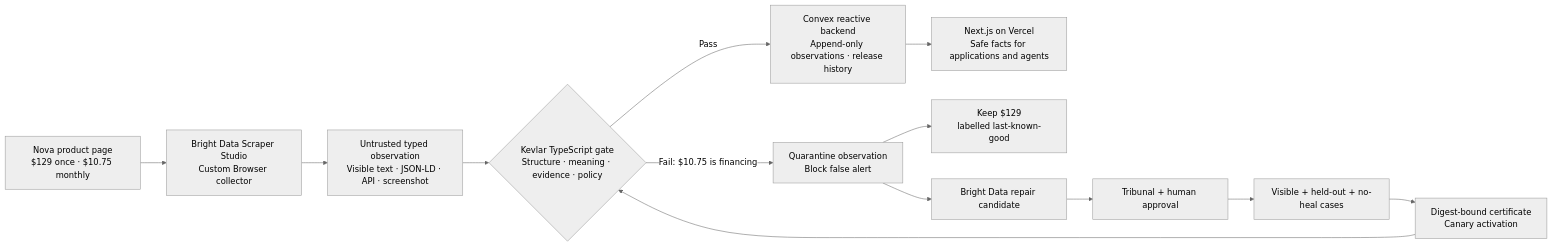
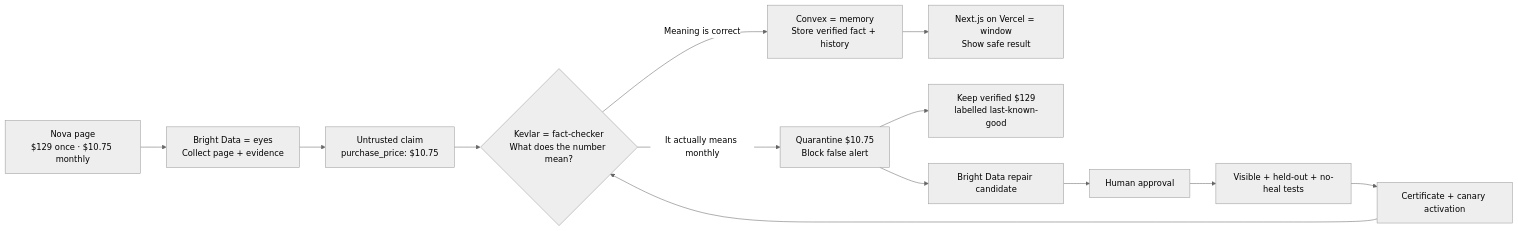
The diagram in demo.md (Avinash1286/kevlar), drawn with Mermaid (neutral theme) before and after one commit. The commit also changed other lines of this file, not shown here.

````diff
--- a/demo.md
+++ b/demo.md
@@ -19,17 +112,17 @@
 ```mermaid
 flowchart LR
-  PAGE["Nova product page<br/>$129 once · $10.75 monthly"] --> BD["Bright Data Scraper Studio<br/>Custom Browser collector"]
-  BD --> OBS["Untrusted typed observation<br/>Visible text · JSON-LD · API · screenshot"]
-  OBS --> GATE{"Kevlar TypeScript gate<br/>Structure · meaning · evidence · policy"}
+  PAGE["Nova page<br/>$129 once · $10.75 monthly"] --> EYES["Bright Data = eyes<br/>Collect page + evidence"]
+  EYES --> CLAIM["Untrusted claim<br/>purchase_price: $10.75"]
+  CLAIM --> CHECK{"Kevlar = fact-checker<br/>What does the number mean?"}
 
-  GATE -->|"Pass"| CONVEX["Convex reactive backend<br/>Append-only observations · release history"]
-  CONVEX --> PRODUCT["Next.js on Vercel<br/>Safe facts for applications and agents"]
+  CHECK -->|"Meaning is correct"| MEMORY["Convex = memory<br/>Store verified fact + history"]
+  MEMORY --> WINDOW["Next.js on Vercel = window<br/>Show safe result"]
 
-  GATE -->|"Fail: $10.75 is financing"| QUARANTINE["Quarantine observation<br/>Block false alert"]
-  QUARANTINE --> LKG["Keep $129<br/>labelled last-known-good"]
-  QUARANTINE --> REPAIR["Bright Data repair candidate"]
-  REPAIR --> REVIEW["Tribunal + human approval"]
-  REVIEW --> TEST["Visible + held-out + no-heal cases"]
-  TEST --> CERT["Digest-bound certificate<br/>Canary activation"]
-  CERT --> GATE
+  CHECK -->|"It actually means monthly"| BLOCK["Quarantine $10.75<br/>Block false alert"]
+  BLOCK --> SAFE["Keep verified $129<br/>labelled last-known-good"]
+  BLOCK --> CANDIDATE["Bright Data repair candidate"]
+  CANDIDATE --> HUMAN["Human approval"]
+  HUMAN --> TESTS["Visible + held-out + no-heal tests"]
+  TESTS --> CERT["Certificate + canary activation"]
+  CERT --> CHECK
 ```
````
